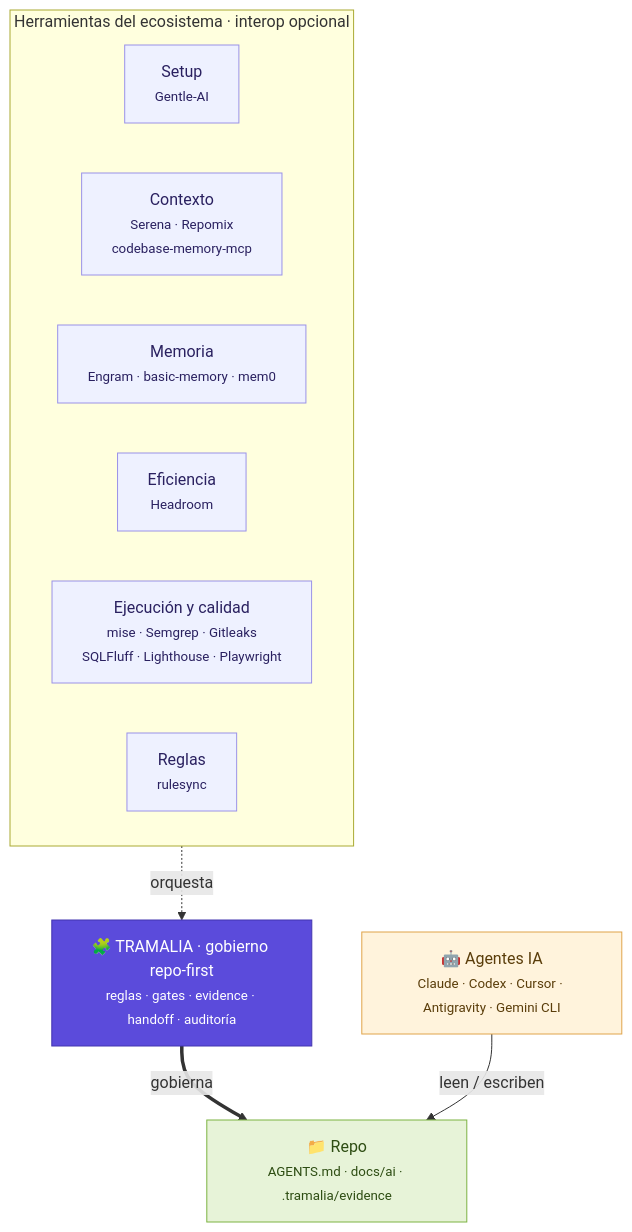
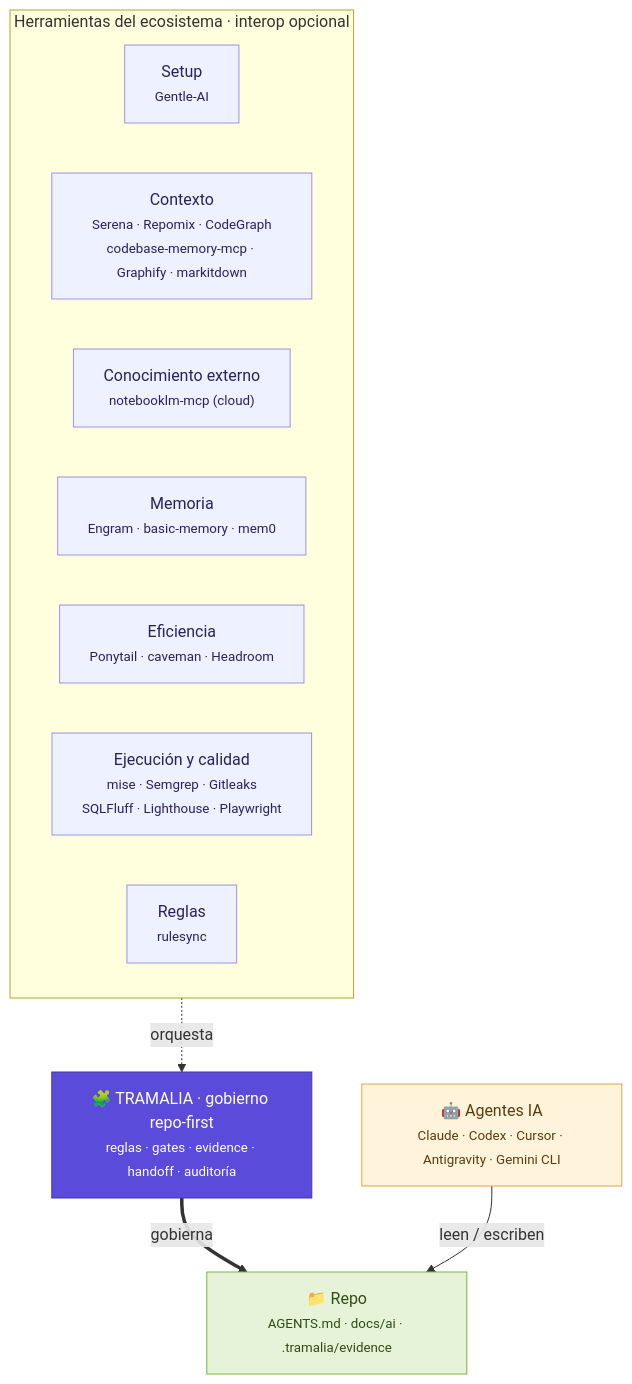
Before and after one commit to MscottB/tramalia: the diagram in docs/ecosistema.md, drawn with Mermaid. The commit also changed other lines of this file and 21 other files, not shown here.

First line of the commit message:
docs: revisión completa — reflejar CodeGraph/Graphify/markitdown/notebooklm-mcp, i18n, horizontes y guardia de init

````diff
--- a/docs/ecosistema.md
+++ b/docs/ecosistema.md
@@ -9,26 +9,27 @@
 ```mermaid
 flowchart TB
     classDef core fill:#5b4bdb,stroke:#4335b0,color:#ffffff;
     classDef sat  fill:#eef1ff,stroke:#9a92e8,color:#2a2160;
     classDef repo fill:#e7f3d8,stroke:#7cb342,color:#2e4d13;
     classDef agent fill:#fff3dc,stroke:#e0a44a,color:#5a3d0a;
 
     AG["🤖 Agentes IA<br/><small>Claude · Codex · Cursor · Antigravity · Gemini CLI</small>"]:::agent
 
     subgraph TOOLS["Herramientas del ecosistema · interop opcional"]
       direction LR
       SETUP["Setup<br/><small>Gentle-AI</small>"]:::sat
-      CTX["Contexto<br/><small>Serena · Repomix<br/>codebase-memory-mcp</small>"]:::sat
+      CTX["Contexto<br/><small>Serena · Repomix · CodeGraph<br/>codebase-memory-mcp · Graphify · markitdown</small>"]:::sat
+      KNOW["Conocimiento externo<br/><small>notebooklm-mcp (cloud)</small>"]:::sat
       MEM["Memoria<br/><small>Engram · basic-memory · mem0</small>"]:::sat
-      EFF["Eficiencia<br/><small>Headroom</small>"]:::sat
+      EFF["Eficiencia<br/><small>Ponytail · caveman · Headroom</small>"]:::sat
       EXEC["Ejecución y calidad<br/><small>mise · Semgrep · Gitleaks<br/>SQLFluff · Lighthouse · Playwright</small>"]:::sat
       FAN["Reglas<br/><small>rulesync</small>"]:::sat
     end
 
     T["🧩 TRAMALIA · gobierno repo-first<br/><small>reglas · gates · evidence · handoff · auditoría</small>"]:::core
     R["📁 Repo<br/><small>AGENTS.md · docs/ai · .tramalia/evidence</small>"]:::repo
 
     TOOLS -. orquesta .-> T
     T ==>|gobierna| R
     AG -->|leen / escriben| R
 ```
````
